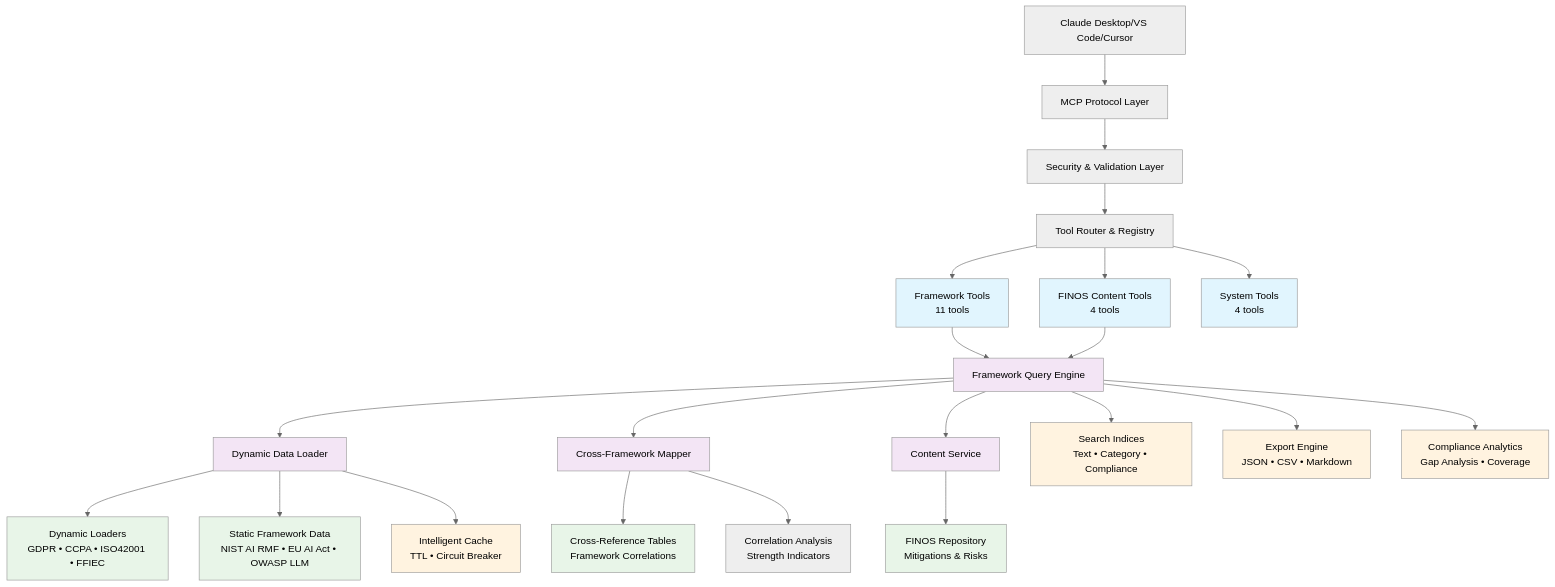
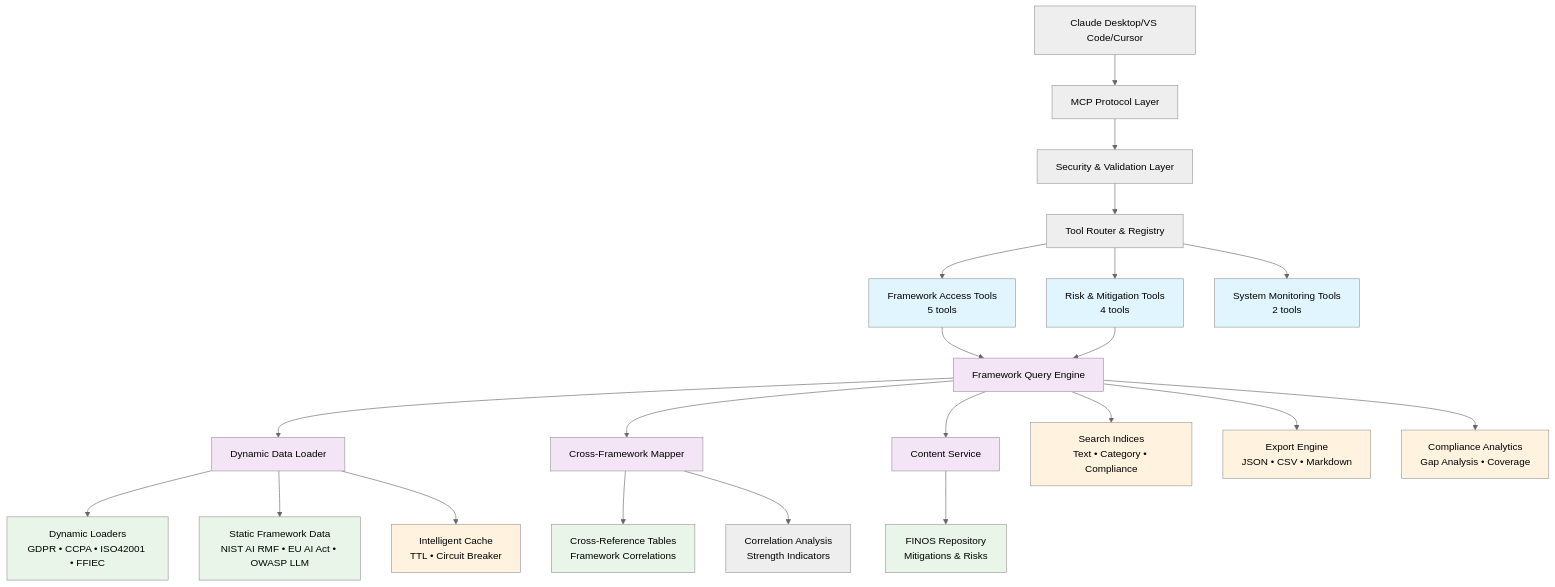
One commit to finos/aigf-mcp-server changed the first of 4 diagrams in docs/api/framework-architecture.md. Above: the diagram before and after it, drawn with Mermaid (neutral theme).

Commit message:
docs: fix framework-architecture.md - correct tool categories to match actual implementation (5+4+2=11)

````diff
--- a/docs/api/framework-architecture.md
+++ b/docs/api/framework-architecture.md
@@ -9,51 +9,51 @@
 ```mermaid
 graph TB
     %% External Connections
     Claude[Claude Desktop/VS Code/Cursor] --> MCP[MCP Protocol Layer]
 
     %% Core System Layers
     MCP --> Security[Security & Validation Layer]
     Security --> Router[Tool Router & Registry]
 
     %% Tool Categories
-    Router --> FrameworkTools[Framework Tools<br/>11 tools]
-    Router --> FINOSTools[FINOS Content Tools<br/>4 tools]
-    Router --> SystemTools[System Tools<br/>4 tools]
+    Router --> FrameworkTools[Framework Access Tools<br/>5 tools]
+    Router --> RiskMitigationTools[Risk & Mitigation Tools<br/>4 tools]
+    Router --> SystemTools[System Monitoring Tools<br/>2 tools]
 
     %% Framework System
     FrameworkTools --> QueryEngine[Framework Query Engine]
-    FINOSTools --> QueryEngine
+    RiskMitigationTools --> QueryEngine
 
     %% Core Framework Components
     QueryEngine --> DataLoader[Dynamic Data Loader]
     QueryEngine --> CrossMapper[Cross-Framework Mapper]
     QueryEngine --> ContentService[Content Service]
 
     %% Data Sources & Storage
     DataLoader --> DynamicLoaders[Dynamic Loaders<br/>GDPR • CCPA • ISO42001 • FFIEC]
     DataLoader --> StaticData[Static Framework Data<br/>NIST AI RMF • EU AI Act • OWASP LLM]
     ContentService --> FINOSRepo[FINOS Repository<br/>Mitigations & Risks]
 
     %% Cross-Reference System
     CrossMapper --> MappingTables[Cross-Reference Tables<br/>Framework Correlations]
     CrossMapper --> CorrelationEngine[Correlation Analysis<br/>Strength Indicators]
 
     %% Caching & Performance
     DataLoader --> Cache[Intelligent Cache<br/>TTL • Circuit Breaker]
     QueryEngine --> SearchIndex[Search Indices<br/>Text • Category • Compliance]
 
     %% Export & Analysis
     QueryEngine --> ExportEngine[Export Engine<br/>JSON • CSV • Markdown]
     QueryEngine --> Analytics[Compliance Analytics<br/>Gap Analysis • Coverage]
 
     %% Styling
     classDef tool fill:#e1f5fe
     classDef framework fill:#f3e5f5
     classDef data fill:#e8f5e8
     classDef cache fill:#fff3e0
 
-    class FrameworkTools,FINOSTools,SystemTools tool
+    class FrameworkTools,RiskMitigationTools,SystemTools tool
     class QueryEngine,CrossMapper,DataLoader,ContentService framework
     class DynamicLoaders,StaticData,FINOSRepo,MappingTables data
     class Cache,SearchIndex,ExportEngine,Analytics cache
 ```
````
